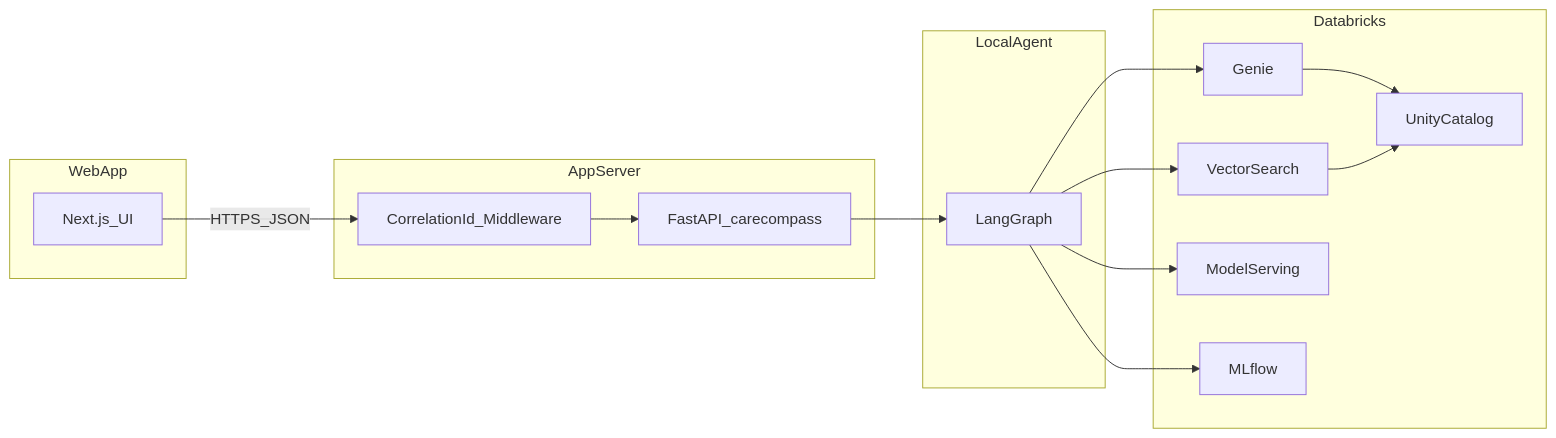
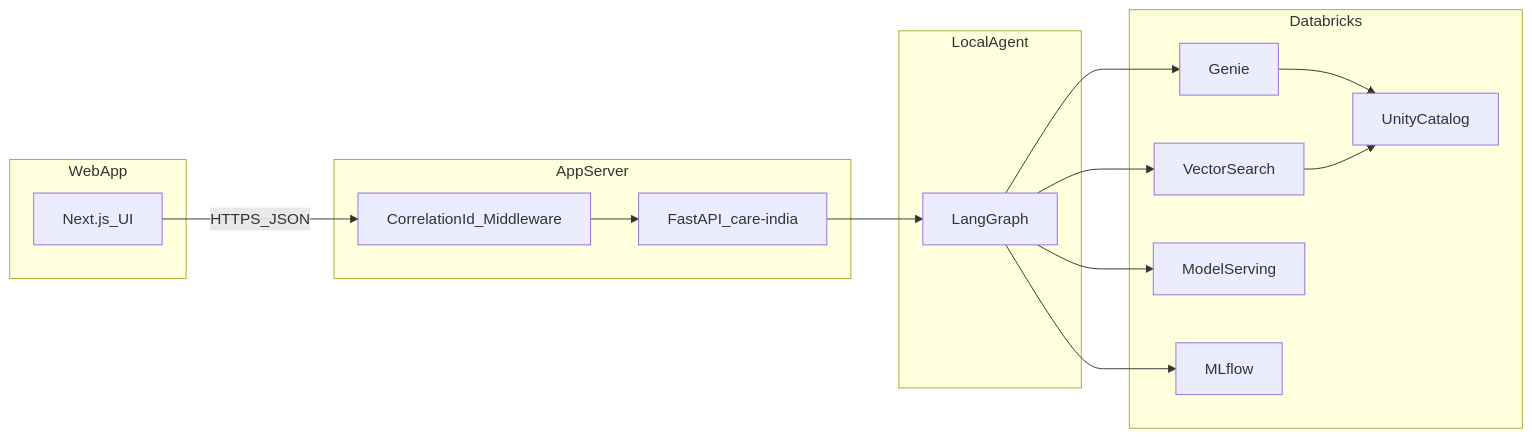
One commit to alijafarkamal/Hack-Nation changed the first of 2 diagrams in agent.md. Above: the diagram before and after it, drawn with Mermaid. The commit also changed other lines of this file and 34 other files, not shown here.

Commit message:
care-india

````diff
--- a/agent.md
+++ b/agent.md
@@ -44,29 +44,29 @@
 ```mermaid
 flowchart LR
   subgraph fe [WebApp]
     UI[Next.js_UI]
   end
   subgraph api [AppServer]
-    FA[FastAPI_carecompass]
+    FA[FastAPI_care-india]
     MV[CorrelationId_Middleware]
   end
   subgraph ag [LocalAgent]
     LG[LangGraph]
   end
   subgraph dbx [Databricks]
     GN[Genie]
     VS[VectorSearch]
     LLM[ModelServing]
     ML[MLflow]
     UC[UnityCatalog]
   end
   UI -->|HTTPS_JSON| MV
   MV --> FA
   FA --> LG
   LG --> GN
   LG --> VS
   LG --> LLM
   GN --> UC
   VS --> UC
   LG --> ML
 ```
````
